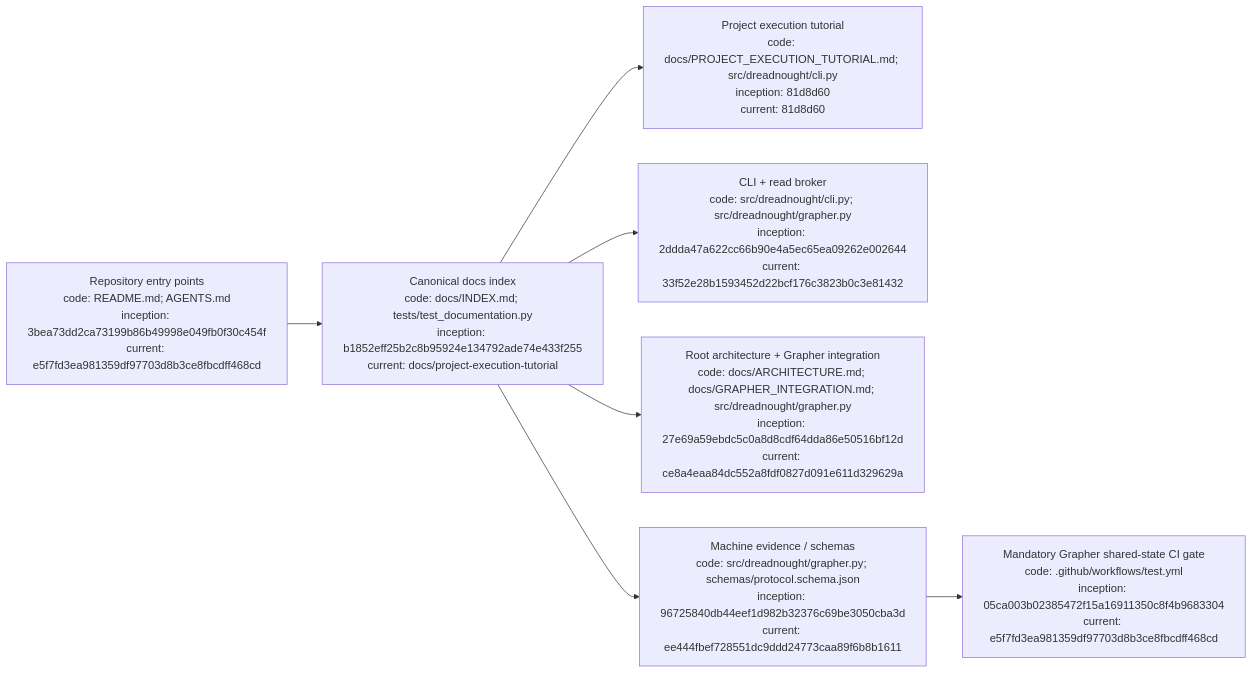
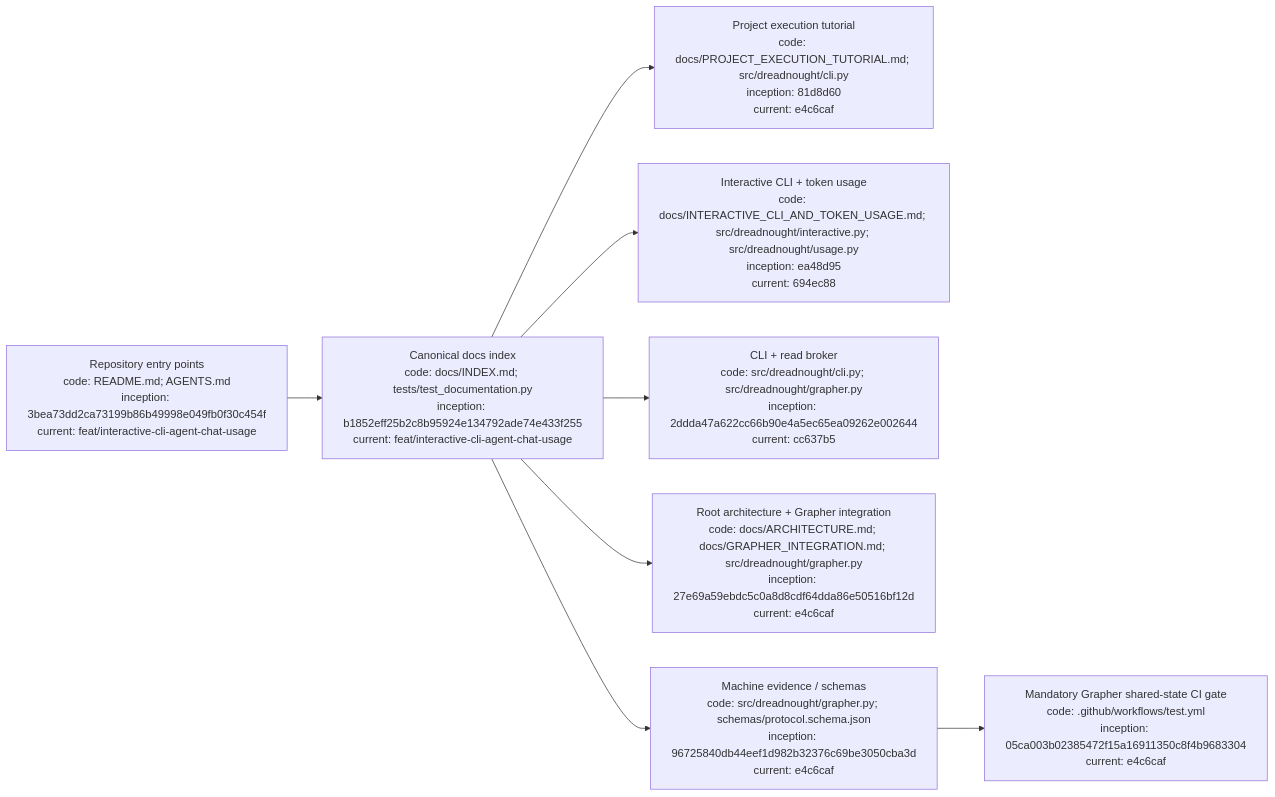
Before and after one commit to seanbman/dreadnought: the diagram in docs/INDEX.md, drawn with Mermaid. The commit also changed other lines of this file, not shown here.

Commit message:
docs: index interactive CLI and token usage guide

````diff
--- a/docs/INDEX.md
+++ b/docs/INDEX.md
@@ -63,9 +64,10 @@
 ```mermaid
 flowchart LR
-    R["Repository entry points\ncode: README.md; AGENTS.md\ninception: 3bea73dd2ca73199b86b49998e049fb0f30c454f\ncurrent: e5f7fd3ea981359df97703d8b3ce8fbcdff468cd"] --> I["Canonical docs index\ncode: docs/INDEX.md; tests/test_documentation.py\ninception: b1852eff25b2c8b95924e134792ade74e433f255\ncurrent: docs/project-execution-tutorial"]
-    I --> T["Project execution tutorial\ncode: docs/PROJECT_EXECUTION_TUTORIAL.md; src/dreadnought/cli.py\ninception: 81d8d60\ncurrent: 81d8d60"]
-    I --> C["CLI + read broker\ncode: src/dreadnought/cli.py; src/dreadnought/grapher.py\ninception: 2ddda47a622cc66b90e4a5ec65ea09262e002644\ncurrent: 33f52e28b1593452d22bcf176c3823b0c3e81432"]
-    I --> A["Root architecture + Grapher integration\ncode: docs/ARCHITECTURE.md; docs/GRAPHER_INTEGRATION.md; src/dreadnought/grapher.py\ninception: 27e69a59ebdc5c0a8d8cdf64dda86e50516bf12d\ncurrent: ce8a4eaa84dc552a8fdf0827d091e611d329629a"]
-    I --> P["Machine evidence / schemas\ncode: src/dreadnought/grapher.py; schemas/protocol.schema.json\ninception: 96725840db44eef1d982b32376c69be3050cba3d\ncurrent: ee444fbef728551dc9ddd24773caa89f6b8b1611"]
-    P --> G["Mandatory Grapher shared-state CI gate\ncode: .github/workflows/test.yml\ninception: 05ca003b02385472f15a16911350c8f4b9683304\ncurrent: e5f7fd3ea981359df97703d8b3ce8fbcdff468cd"]
+    R["Repository entry points\ncode: README.md; AGENTS.md\ninception: 3bea73dd2ca73199b86b49998e049fb0f30c454f\ncurrent: feat/interactive-cli-agent-chat-usage"] --> I["Canonical docs index\ncode: docs/INDEX.md; tests/test_documentation.py\ninception: b1852eff25b2c8b95924e134792ade74e433f255\ncurrent: feat/interactive-cli-agent-chat-usage"]
+    I --> T["Project execution tutorial\ncode: docs/PROJECT_EXECUTION_TUTORIAL.md; src/dreadnought/cli.py\ninception: 81d8d60\ncurrent: e4c6caf"]
+    I --> U["Interactive CLI + token usage\ncode: docs/INTERACTIVE_CLI_AND_TOKEN_USAGE.md; src/dreadnought/interactive.py; src/dreadnought/usage.py\ninception: ea48d95\ncurrent: 694ec88"]
+    I --> C["CLI + read broker\ncode: src/dreadnought/cli.py; src/dreadnought/grapher.py\ninception: 2ddda47a622cc66b90e4a5ec65ea09262e002644\ncurrent: cc637b5"]
+    I --> A["Root architecture + Grapher integration\ncode: docs/ARCHITECTURE.md; docs/GRAPHER_INTEGRATION.md; src/dreadnought/grapher.py\ninception: 27e69a59ebdc5c0a8d8cdf64dda86e50516bf12d\ncurrent: e4c6caf"]
+    I --> P["Machine evidence / schemas\ncode: src/dreadnought/grapher.py; schemas/protocol.schema.json\ninception: 96725840db44eef1d982b32376c69be3050cba3d\ncurrent: e4c6caf"]
+    P --> G["Mandatory Grapher shared-state CI gate\ncode: .github/workflows/test.yml\ninception: 05ca003b02385472f15a16911350c8f4b9683304\ncurrent: e4c6caf"]
 ```
````
